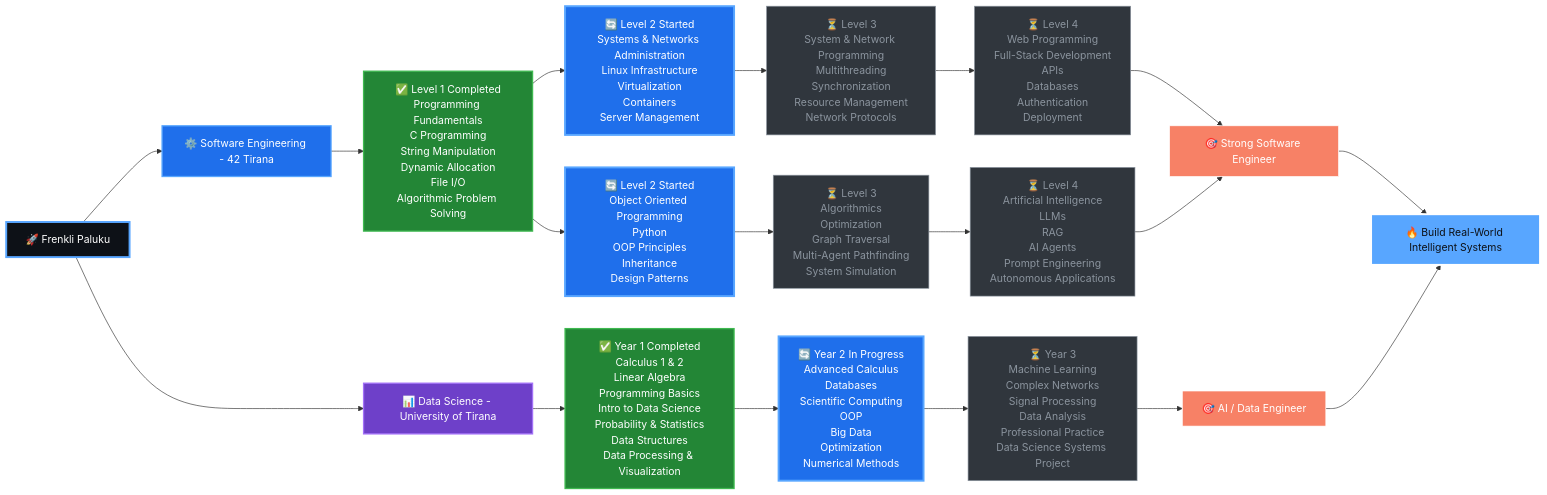
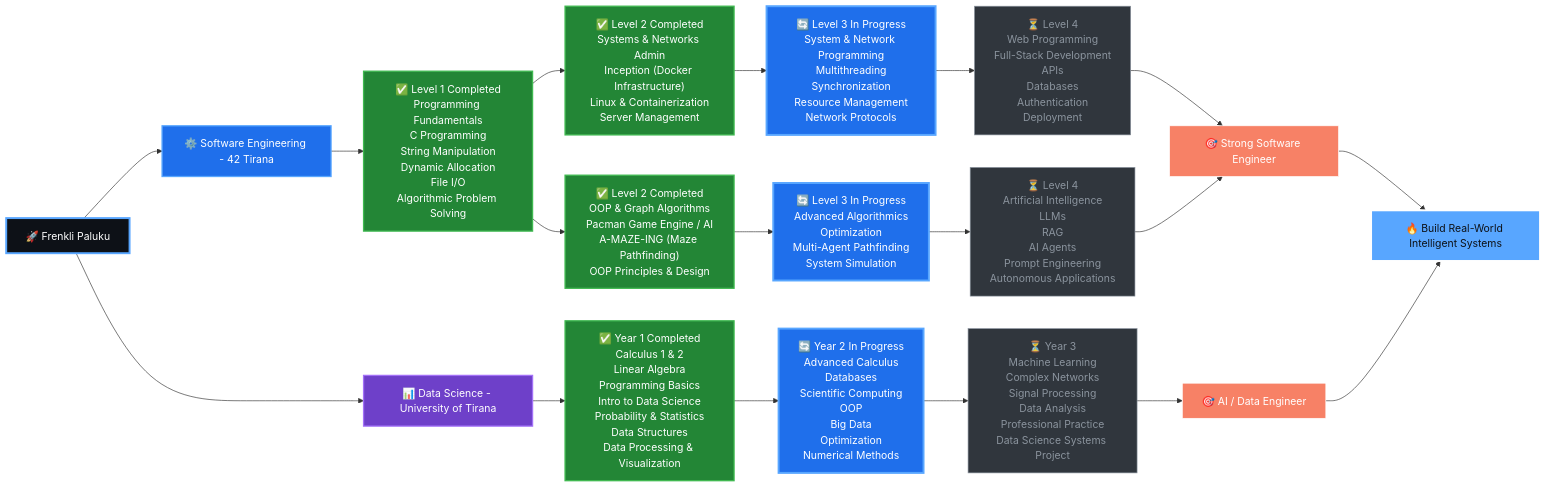
The diagram in README.md (FRENKLIP/FrenkliP), drawn with Mermaid before and after one commit. The commit also changed other lines of this file, not shown here.

````diff
--- a/README.md
+++ b/README.md
@@ -94,54 +98,55 @@
 ```mermaid
 flowchart LR
     A["🚀 Frenkli Paluku"] --> SE["⚙️ Software Engineering - 42 Tirana"]
     A --> DS["📊 Data Science - University of Tirana"]
 
     SE --> SE1["✅ Level 1 Completed<br/>Programming Fundamentals<br/>C Programming<br/>String Manipulation<br/>Dynamic Allocation<br/>File I/O<br/>Algorithmic Problem Solving"]
 
     DS --> DS1["✅ Year 1 Completed<br/>Calculus 1 & 2<br/>Linear Algebra<br/>Programming Basics<br/>Intro to Data Science<br/>Probability & Statistics<br/>Data Structures<br/>Data Processing & Visualization"]
 
-    SE1 --> SE2A["🔄 Level 2 Started<br/>Systems & Networks Administration<br/>Linux Infrastructure<br/>Virtualization<br/>Containers<br/>Server Management"]
+    SE1 --> SE2A["✅ Level 2 Completed<br/>Systems & Networks Admin<br/>Inception (Docker Infrastructure)<br/>Linux & Containerization<br/>Server Management"]
 
-    SE1 --> SE2B["🔄 Level 2 Started<br/>Object Oriented Programming<br/>Python<br/>OOP Principles<br/>Inheritance<br/>Design Patterns"]
+    SE1 --> SE2B["✅ Level 2 Completed<br/>OOP & Graph Algorithms<br/>Pacman Game Engine / AI<br/>A-MAZE-ING (Maze Pathfinding)<br/>OOP Principles & Design"]
 
     DS1 --> DS2["🔄 Year 2 In Progress<br/>Advanced Calculus<br/>Databases<br/>Scientific Computing<br/>OOP<br/>Big Data<br/>Optimization<br/>Numerical Methods"]
 
-    SE2A --> SE3A["⏳ Level 3<br/>System & Network Programming<br/>Multithreading<br/>Synchronization<br/>Resource Management<br/>Network Protocols"]
+    SE2A --> SE3A["🔄 Level 3 In Progress<br/>System & Network Programming<br/>Multithreading<br/>Synchronization<br/>Resource Management<br/>Network Protocols"]
 
-    SE2B --> SE3B["⏳ Level 3<br/>Algorithmics<br/>Optimization<br/>Graph Traversal<br/>Multi-Agent Pathfinding<br/>System Simulation"]
+    SE2B --> SE3B["🔄 Level 3 In Progress<br/>Advanced Algorithmics<br/>Optimization<br/>Multi-Agent Pathfinding<br/>System Simulation"]
 
     DS2 --> DS3["⏳ Year 3<br/>Machine Learning<br/>Complex Networks<br/>Signal Processing<br/>Data Analysis<br/>Professional Practice<br/>Data Science Systems Project"]
 
     SE3A --> SE4A["⏳ Level 4<br/>Web Programming<br/>Full-Stack Development<br/>APIs<br/>Databases<br/>Authentication<br/>Deployment"]
 
     SE3B --> SE4B["⏳ Level 4<br/>Artificial Intelligence<br/>LLMs<br/>RAG<br/>AI Agents<br/>Prompt Engineering<br/>Autonomous Applications"]
 
     SE4A --> G1["🎯 Strong Software Engineer"]
     SE4B --> G1
     DS3 --> G2["🎯 AI / Data Engineer"]
 
     G1 --> FINAL["🔥 Build Real-World Intelligent Systems"]
     G2 --> FINAL
 
     style A fill:#0D1117,color:#fff,stroke:#58A6FF,stroke-width:3px
 
     style SE fill:#1f6feb,color:#fff,stroke:#58A6FF,stroke-width:2px
     style DS fill:#6e40c9,color:#fff,stroke:#a371f7,stroke-width:2px
 
     style SE1 fill:#238636,color:#fff,stroke:#3fb950,stroke-width:2px
     style DS1 fill:#238636,color:#fff,stroke:#3fb950,stroke-width:2px
 
-    style SE2A fill:#1f6feb,color:#fff,stroke:#58A6FF,stroke-width:3px
-    style SE2B fill:#1f6feb,color:#fff,stroke:#58A6FF,stroke-width:3px
+    style SE2A fill:#238636,color:#fff,stroke:#3fb950,stroke-width:2px
+    style SE2B fill:#238636,color:#fff,stroke:#3fb950,stroke-width:2px
+
     style DS2 fill:#1f6feb,color:#fff,stroke:#58A6FF,stroke-width:3px
+    style SE3A fill:#1f6feb,color:#fff,stroke:#58A6FF,stroke-width:3px
+    style SE3B fill:#1f6feb,color:#fff,stroke:#58A6FF,stroke-width:3px
 
-    style SE3A fill:#30363d,color:#8b949e,stroke:#8b949e
-    style SE3B fill:#30363d,color:#8b949e,stroke:#8b949e
     style SE4A fill:#30363d,color:#8b949e,stroke:#8b949e
     style SE4B fill:#30363d,color:#8b949e,stroke:#8b949e
     style DS3 fill:#30363d,color:#8b949e,stroke:#8b949e
 
     style G1 fill:#f78166,color:#fff,stroke:#fff,stroke-width:1px
     style G2 fill:#f78166,color:#fff,stroke:#fff,stroke-width:1px
     style FINAL fill:#58A6FF,color:#0D1117,stroke:#fff,stroke-width:3px
 ```
````
